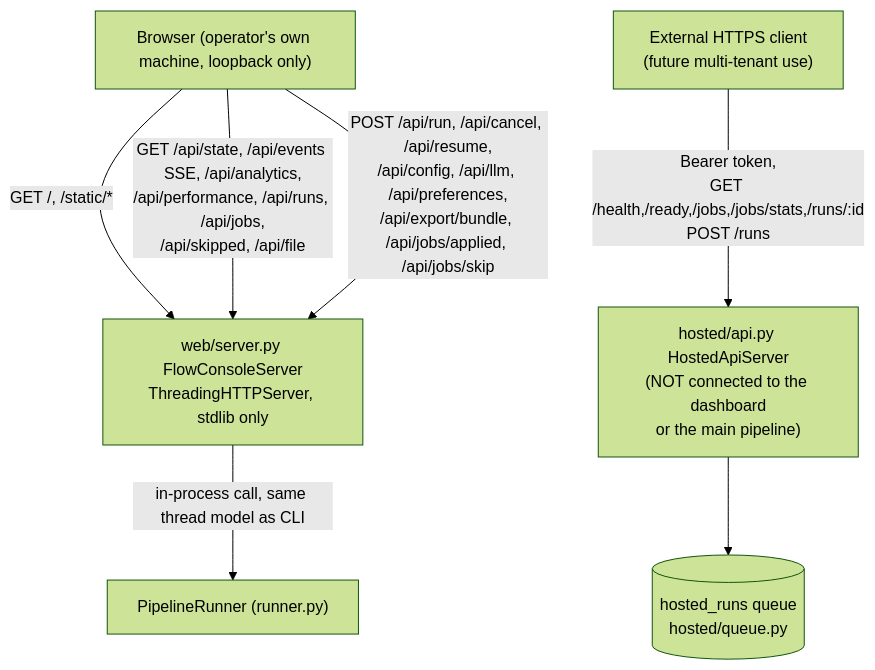
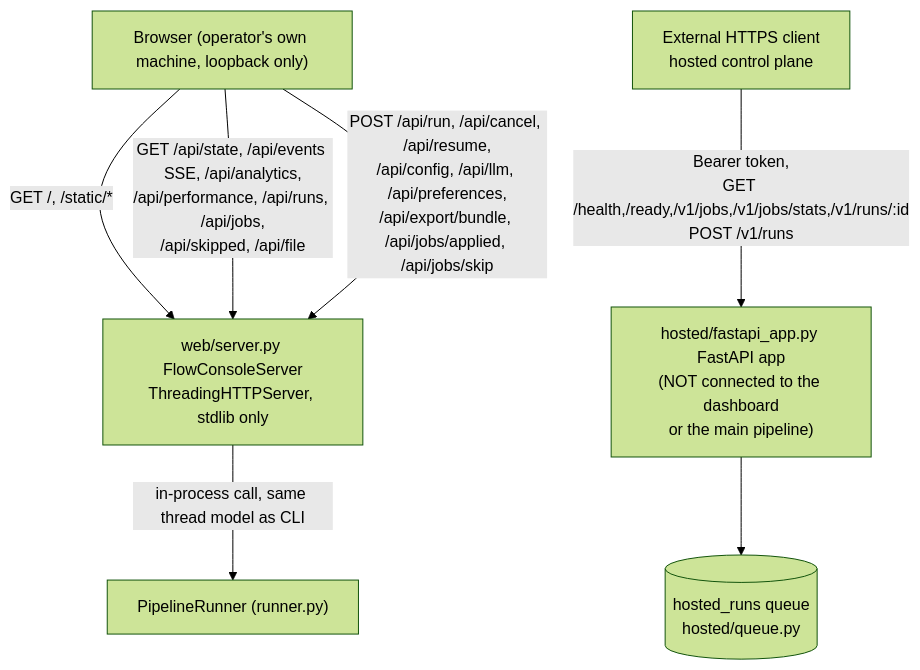
One commit to aryanmehra0/jobagent changed the fourth of 4 diagrams in docs/JOB_AGENT_COMPLETE_ARCHITECTURE.md. Above: the diagram before and after it, drawn with Mermaid (forest theme). The commit also changed other lines of this file and 41 other files, not shown here.

````diff
--- a/docs/JOB_AGENT_COMPLETE_ARCHITECTURE.md
+++ b/docs/JOB_AGENT_COMPLETE_ARCHITECTURE.md
@@ -725,12 +730,12 @@
 ```mermaid
 flowchart TD
     BROWSER["Browser (operator's own machine, loopback only)"] -->|GET /, /static/*| DASH
     BROWSER -->|GET /api/state, /api/events SSE, /api/analytics,\n/api/performance, /api/runs, /api/jobs,\n/api/skipped, /api/file| DASH
     BROWSER -->|POST /api/run, /api/cancel, /api/resume,\n/api/config, /api/llm, /api/preferences,\n/api/export/bundle, /api/jobs/applied, /api/jobs/skip| DASH
 
     DASH["web/server.py FlowConsoleServer\nThreadingHTTPServer, stdlib only"]
     DASH -->|in-process call, same thread model as CLI| RUNNER["PipelineRunner (runner.py)"]
 
-    EXTCLIENT["External HTTPS client\n(future multi-tenant use)"] -->|Bearer token,\nGET /health,/ready,/jobs,/jobs/stats,/runs/:id\nPOST /runs| HAPI["hosted/api.py HostedApiServer\n(NOT connected to the dashboard\nor the main pipeline)"]
+    EXTCLIENT["External HTTPS client\nhosted control plane"] -->|Bearer token,\nGET /health,/ready,/v1/jobs,/v1/jobs/stats,/v1/runs/:id\nPOST /v1/runs| HAPI["hosted/fastapi_app.py FastAPI app\n(NOT connected to the dashboard\nor the main pipeline)"]
     HAPI --> HQ[("hosted_runs queue\nhosted/queue.py")]
 ```
````
